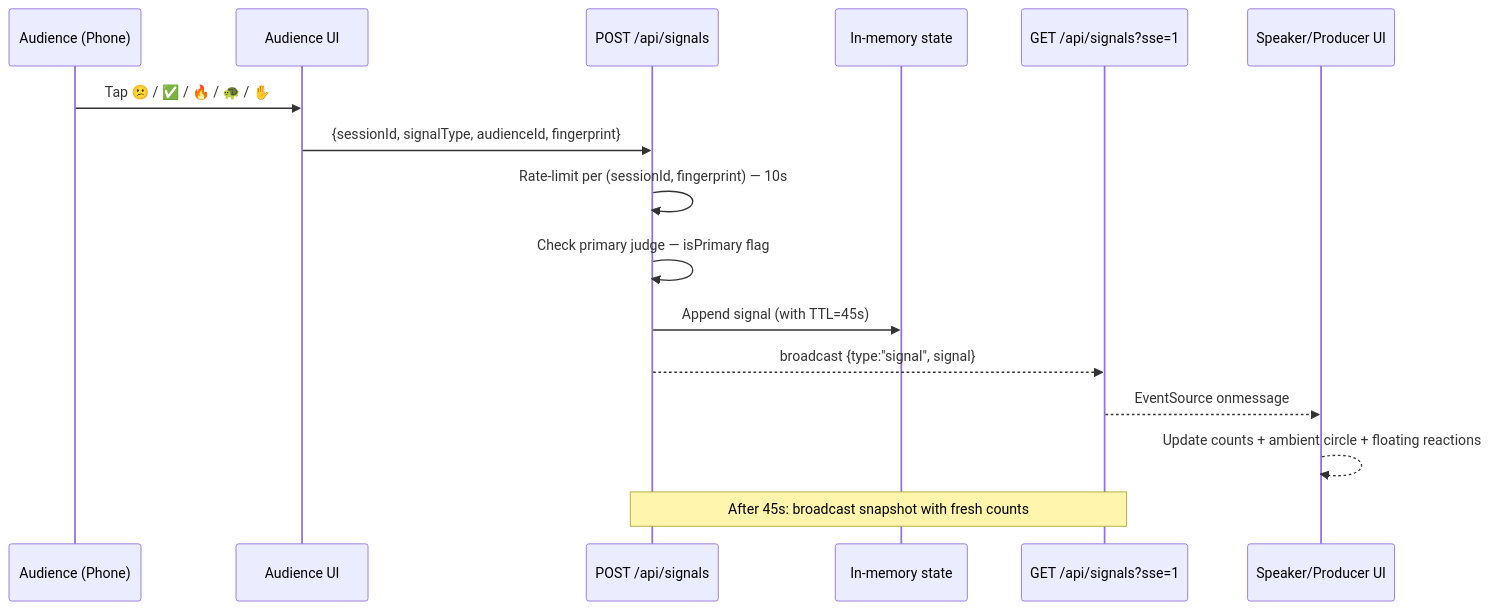
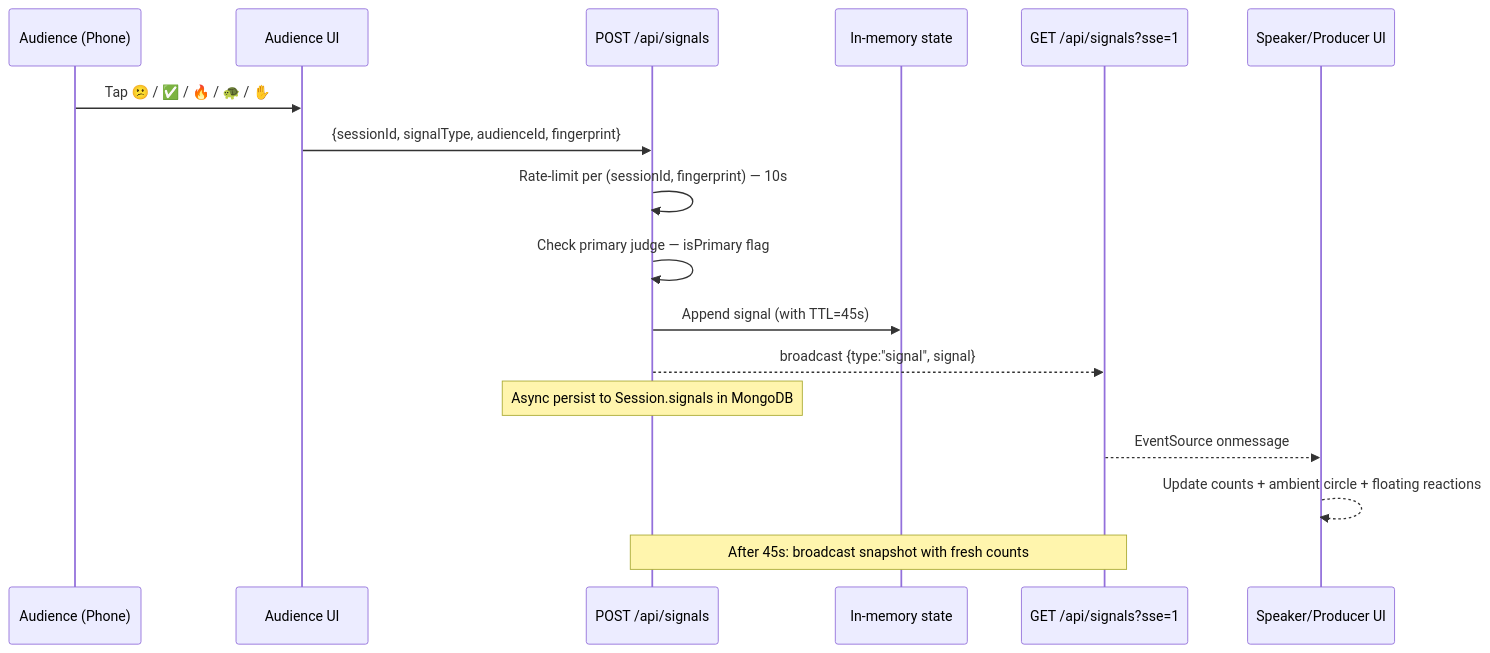
Before and after one commit to arvinder004/PULSE_HACKBYTE4.0: the fourth of 9 diagrams in PULSE_ARCHITECTUREPLAN.md, drawn with Mermaid. The commit also changed other lines of this file and 7 other files, not shown here.

First line of the commit message:
feat: Update documentation and architecture for PULSE

````diff
--- a/PULSE_ARCHITECTUREPLAN.md
+++ b/PULSE_ARCHITECTUREPLAN.md
@@ -247,19 +279,20 @@
 ```mermaid
 sequenceDiagram
   participant A as Audience (Phone)
   participant UI as Audience UI
   participant API as POST /api/signals
   participant Mem as In-memory state
   participant SSE as GET /api/signals?sse=1
   participant S as Speaker/Producer UI
 
   A->>UI: Tap 😕 / ✅ / 🔥 / 🐢 / ✋
   UI->>API: {sessionId, signalType, audienceId, fingerprint}
   API->>API: Rate-limit per (sessionId, fingerprint) — 10s
   API->>API: Check primary judge — isPrimary flag
   API->>Mem: Append signal (with TTL=45s)
   API-->>SSE: broadcast {type:"signal", signal}
+  Note over API: Async persist to Session.signals in MongoDB
   SSE-->>S: EventSource onmessage
   S-->>S: Update counts + ambient circle + floating reactions
   Note over API,SSE: After 45s: broadcast snapshot with fresh counts
 ```
````
